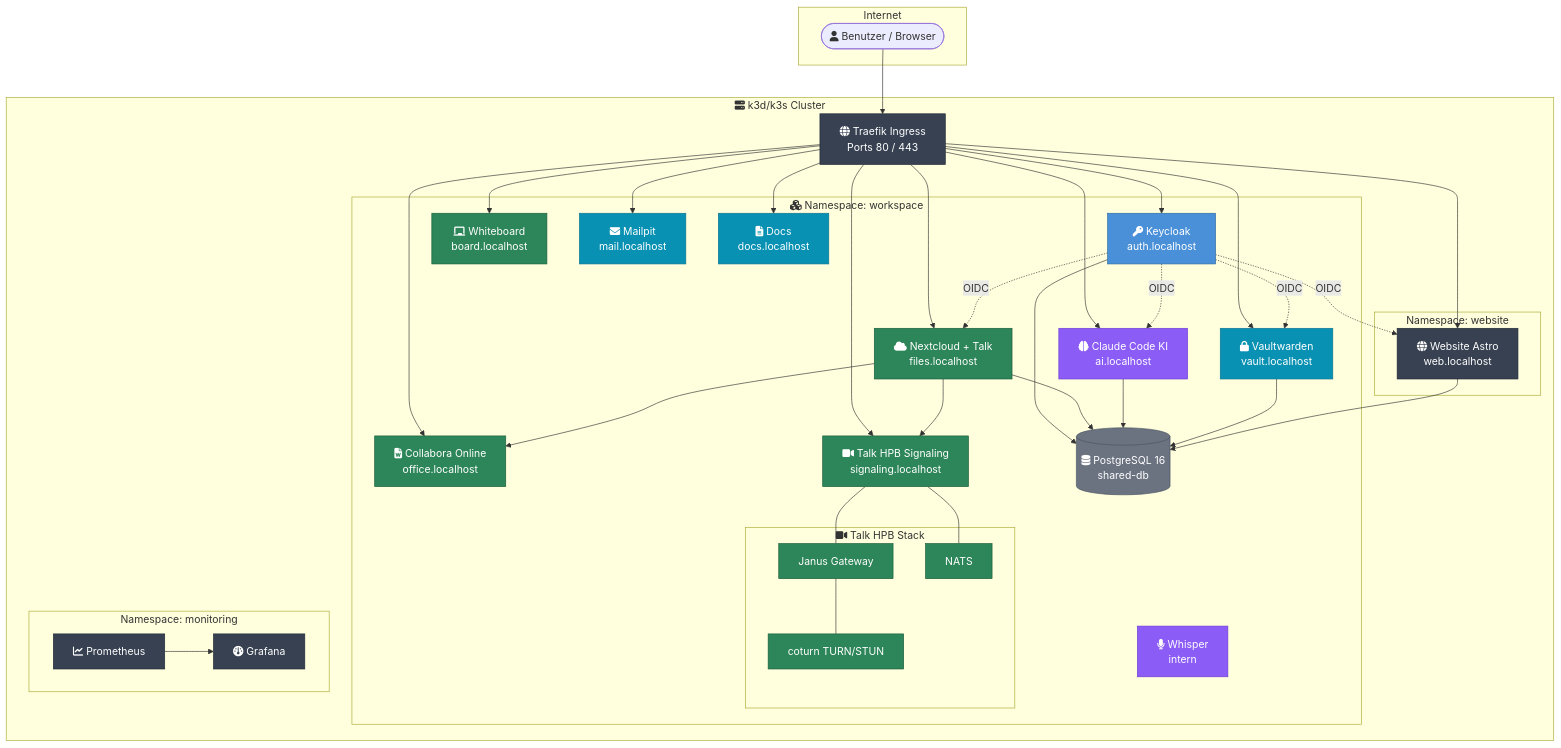
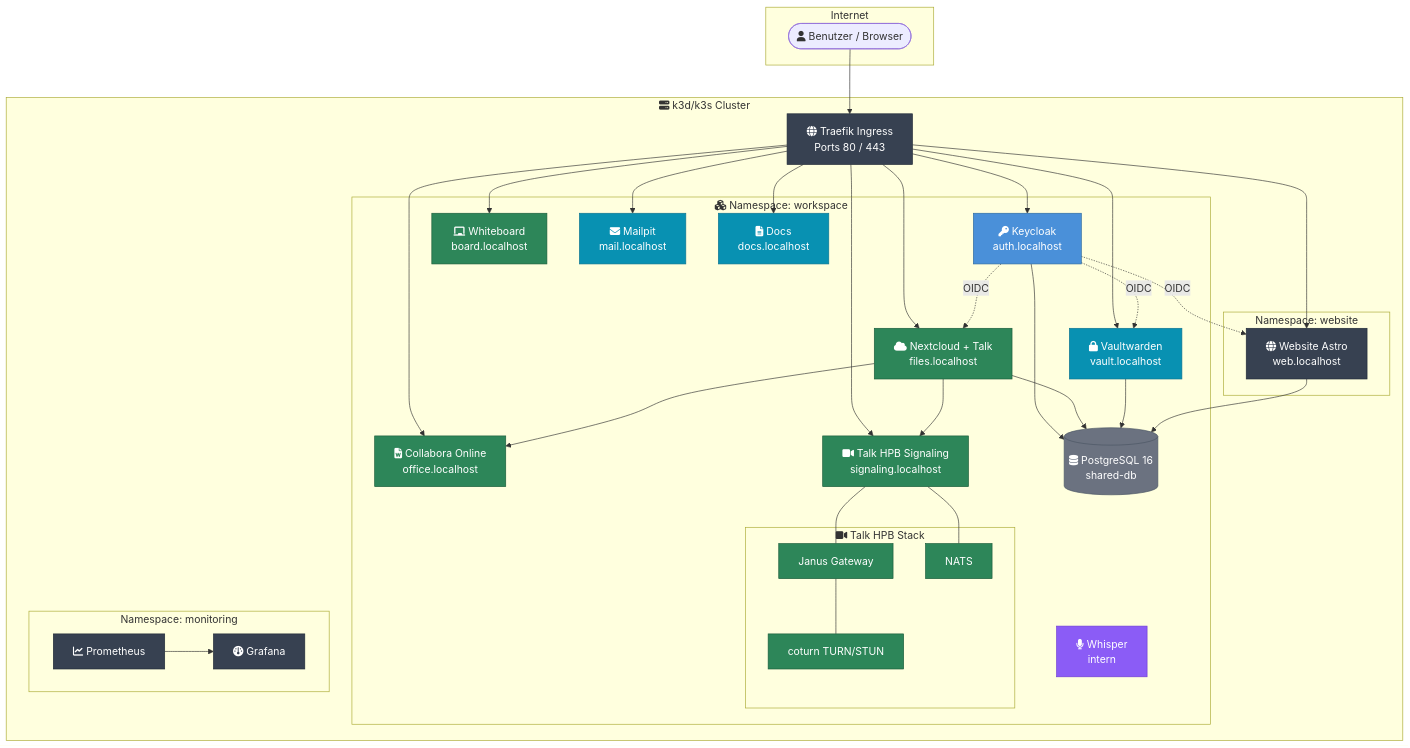
Before and after one commit to Paddione/Bachelorprojekt: the first of 3 diagrams in k3d/docs-content/README.md, drawn with Mermaid. The commit also changed other lines of this file and 33 other files, not shown here.

````diff
--- a/k3d/docs-content/README.md
+++ b/k3d/docs-content/README.md
@@ -44,68 +44,67 @@
 ```mermaid
 graph TB
     subgraph Internet
         User(["fa:fa-user Benutzer / Browser"])
     end
 
     subgraph k3d-Cluster ["fa:fa-server k3d/k3s Cluster"]
         Traefik["fa:fa-globe Traefik Ingress<br/>Ports 80 / 443"]
 
         subgraph workspace ["fa:fa-cubes Namespace: workspace"]
             KC["fa:fa-key Keycloak<br/>auth.localhost"]
             NC["fa:fa-cloud Nextcloud + Talk<br/>files.localhost"]
             CO["fa:fa-file-word Collabora Online<br/>office.localhost"]
             HPB["fa:fa-video Talk HPB Signaling<br/>signaling.localhost"]
-            OC["fa:fa-brain Claude Code KI<br/>ai.localhost"]
             VW["fa:fa-lock Vaultwarden<br/>vault.localhost"]
             WB["fa:fa-chalkboard Whiteboard<br/>board.localhost"]
             MP["fa:fa-envelope Mailpit<br/>mail.localhost"]
             DOCS["fa:fa-file-lines Docs<br/>docs.localhost"]
             WHISPER["fa:fa-microphone Whisper<br/>intern"]
 
             subgraph HPB-Stack ["fa:fa-video Talk HPB Stack"]
                 JANUS["Janus Gateway"]
                 NATS["NATS"]
                 COTURN["coturn TURN/STUN"]
             end
 
             DB[("fa:fa-database PostgreSQL 16<br/>shared-db")]
         end
 
         subgraph website-ns ["Namespace: website"]
             WEB["fa:fa-globe Website Astro<br/>web.localhost"]
         end
 
         subgraph monitoring-ns ["Namespace: monitoring"]
             PROM["fa:fa-chart-line Prometheus"]
             GRAF["fa:fa-gauge Grafana"]
         end
     end
 
     User --> Traefik
-    Traefik --> KC & NC & CO & HPB & OC & VW & WB & MP & DOCS & WEB
+    Traefik --> KC & NC & CO & HPB & VW & WB & MP & DOCS & WEB
 
-    KC -. OIDC .-> NC & OC & VW & WEB
+    KC -. OIDC .-> NC & VW & WEB
 
     NC --> CO
     NC --> HPB
     HPB --- JANUS & NATS
     JANUS --- COTURN
 
-    KC & NC & OC & VW --> DB
+    KC & NC & VW --> DB
     WEB --> DB
     PROM --> GRAF
 
     classDef identity fill:#4a90d9,color:#fff,stroke:#2d6a9f
     classDef collab fill:#2d8659,color:#fff,stroke:#1a5c3a
     classDef ai fill:#8b5cf6,color:#fff,stroke:#6d3ad4
     classDef data fill:#6b7280,color:#fff,stroke:#4b5563
     classDef tools fill:#0891b2,color:#fff,stroke:#0e7490
     classDef infra fill:#374151,color:#fff,stroke:#1f2937
 
     class KC identity
     class NC,CO,WB,HPB,JANUS,NATS,COTURN collab
     class OC,WHISPER ai
     class DB data
     class VW,MP,DOCS tools
     class Traefik,WEB,PROM,GRAF infra
 ```
````
